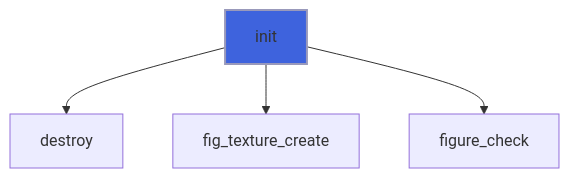
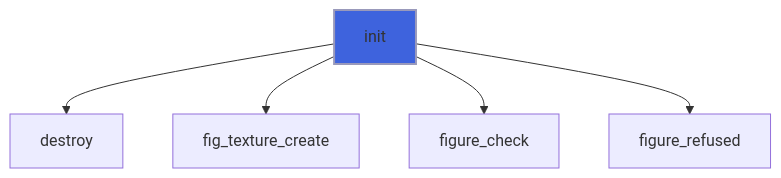
Before and after one commit to szaghi/figure: the second of 8 diagrams in docs/api/src/lib/figure_texture.md, drawn with Mermaid. The commit also changed other lines of this file and 13 other files, not shown here.

````diff
--- a/docs/api/src/lib/figure_texture.md
+++ b/docs/api/src/lib/figure_texture.md
@@ -100,7 +100,8 @@
 ```mermaid
 flowchart TD
   init["init"] --> destroy["destroy"]
   init["init"] --> fig_texture_create["fig_texture_create"]
   init["init"] --> figure_check["figure_check"]
+  init["init"] --> figure_refused["figure_refused"]
   style init fill:#3e63dd,stroke:#99b,stroke-width:2px
 ```
````
